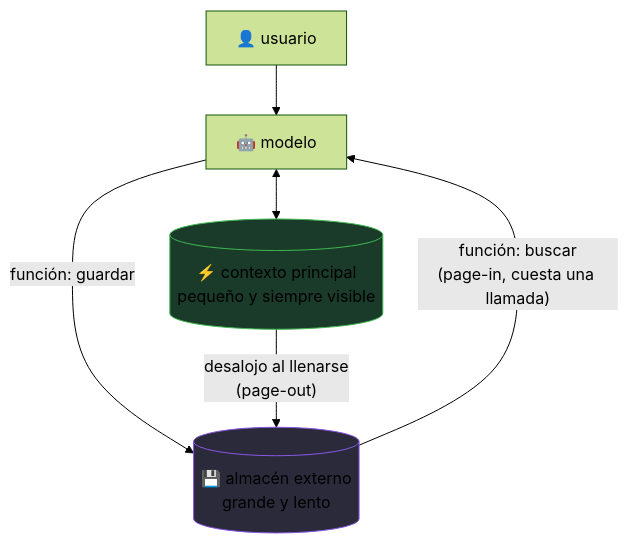
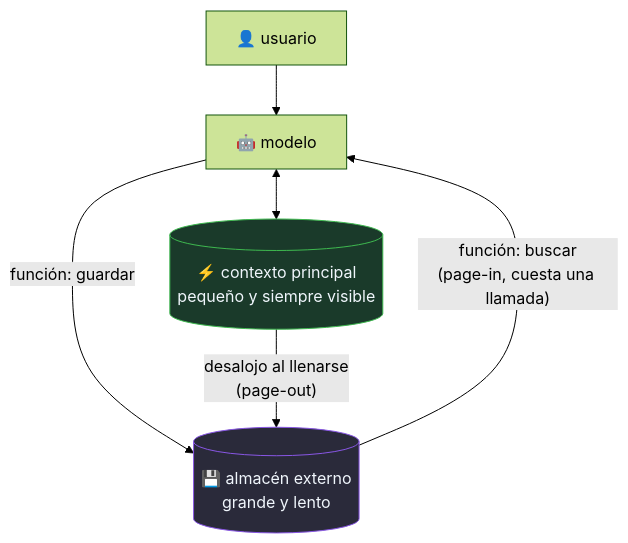
The diagram in papers/foundational/P37_memgpt/README.md (vladimiracunadev-create/artificial-intelligence-evolution-program), drawn with Mermaid (forest theme) before and after one commit. The commit also changed 27 other files, not shown here.

First line of the commit message:
Compilaciones: Windows en tres formatos y APK versionado; contraste de diagramas

````diff
--- a/papers/foundational/P37_memgpt/README.md
+++ b/papers/foundational/P37_memgpt/README.md
@@ -80,10 +80,10 @@
 ```mermaid
 flowchart TD
     U["👤 usuario"] --> M["🤖 modelo"]
     M <--> C[("⚡ contexto principal<br/>pequeño y siempre visible")]
     M -->|"función: guardar"| E[("💾 almacén externo<br/>grande y lento")]
     E -->|"función: buscar<br/>(page-in, cuesta una llamada)"| M
     C -->|"desalojo al llenarse<br/>(page-out)"| E
-    style C fill:#1a3a2a,stroke:#3fb950
-    style E fill:#2a2a3a,stroke:#8957e5
+    style C fill:#1a3a2a,stroke:#3fb950,color:#f0f6fc
+    style E fill:#2a2a3a,stroke:#8957e5,color:#f0f6fc
 ```
````
